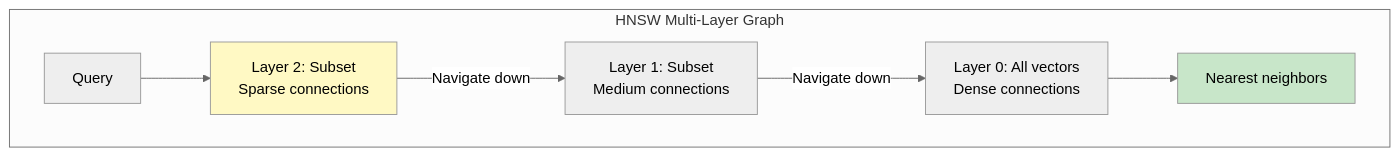
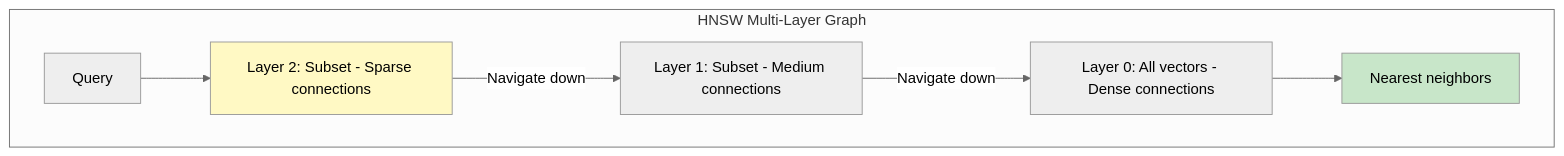
The seventh of 10 diagrams in docs/learning/04-vector-databases.md (indhra/llm_rag_sec_findings), drawn with Mermaid (neutral theme) before and after one commit. The commit also changed other lines of this file and 9 other files, not shown here.

````diff
--- a/docs/learning/04-vector-databases.md
+++ b/docs/learning/04-vector-databases.md
@@ -228,16 +228,16 @@
 ```mermaid
 graph TD
     subgraph "HNSW Multi-Layer Graph"
-        L0[Layer 0: All vectors<br/>Dense connections]
-        L1[Layer 1: Subset<br/>Medium connections]
-        L2[Layer 2: Subset<br/>Sparse connections]
+        L0[Layer 0: All vectors - Dense connections]
+        L1[Layer 1: Subset - Medium connections]
+        L2[Layer 2: Subset - Sparse connections]
         
         Q[Query] --> L2
         L2 -->|Navigate down| L1
         L1 -->|Navigate down| L0
         L0 --> R[Nearest neighbors]
     end
     
     style L2 fill:#fff9c4
     style R fill:#c8e6c9
 ```
````
